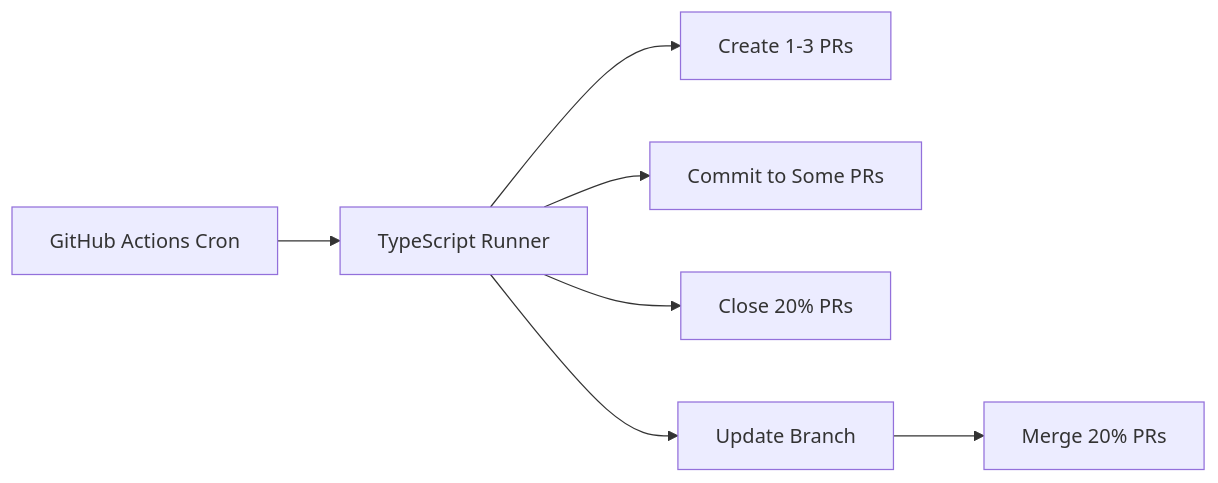
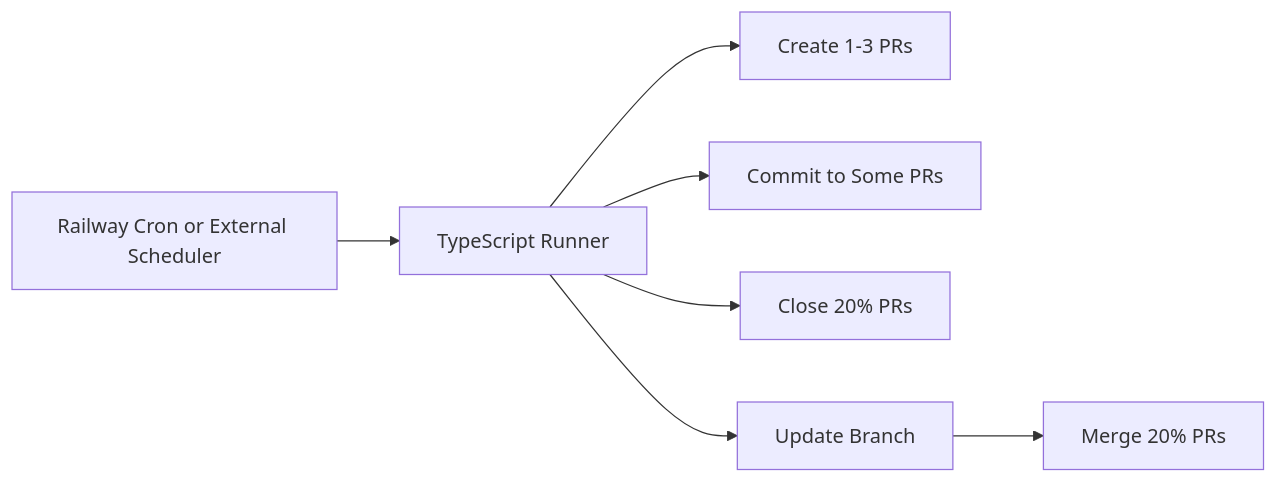
Before and after one commit to dxta-dev/pr-commit-generator: the diagram in lode/automation/summary.md, drawn with Mermaid. The commit also changed other lines of this file and 4 other files, not shown here.

````diff
--- a/lode/automation/summary.md
+++ b/lode/automation/summary.md
@@ -15,9 +26,9 @@
 ```mermaid
 flowchart LR
-  Scheduler[GitHub Actions Cron] --> Runner[TypeScript Runner]
+  Scheduler[Railway Cron or External Scheduler] --> Runner[TypeScript Runner]
   Runner --> Create[Create 1-3 PRs]
   Runner --> Update[Commit to Some PRs]
   Runner --> Close[Close 20% PRs]
   Runner --> Rebase[Update Branch]
   Rebase --> Merge[Merge 20% PRs]
 ```
````
